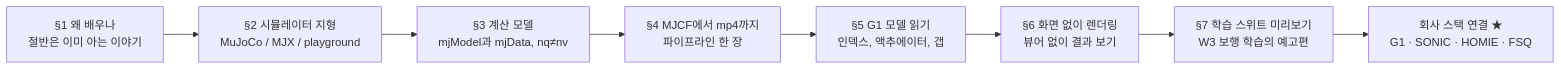
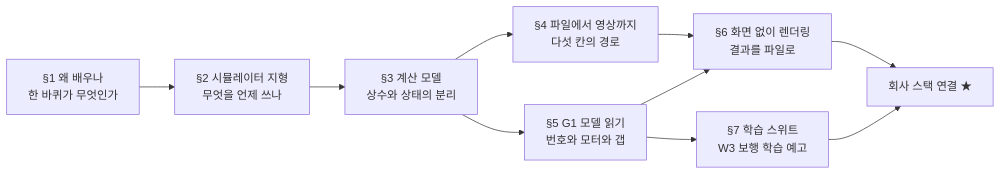
Before and after one commit to sguys99/physical-ai-study: the first of 4 diagrams in course/w1-generative-core/02-simulator-bootcamp/lesson.md, drawn with Mermaid. The commit also changed other lines of this file and 11 other files, not shown here.

````diff
--- a/course/w1-generative-core/02-simulator-bootcamp/lesson.md
+++ b/course/w1-generative-core/02-simulator-bootcamp/lesson.md
@@ -41,10 +45,12 @@
 ```mermaid
 flowchart LR
-  S1["§1 왜 배우나<br/>절반은 이미 아는 이야기"] --> S2["§2 시뮬레이터 지형<br/>MuJoCo / MJX / playground"]
-  S2 --> S3["§3 계산 모델<br/>mjModel과 mjData, nq≠nv"]
-  S3 --> S4["§4 MJCF에서 mp4까지<br/>파이프라인 한 장"]
-  S4 --> S5["§5 G1 모델 읽기<br/>인덱스, 액추에이터, 갭"]
-  S5 --> S6["§6 화면 없이 렌더링<br/>뷰어 없이 결과 보기"]
-  S6 --> S7["§7 학습 스위트 미리보기<br/>W3 보행 학습의 예고편"]
-  S7 --> CO["회사 스택 연결 ★<br/>G1 · SONIC · HOMIE · FSQ"]
+  S1["§1 왜 배우나<br/>한 바퀴가 무엇인가"] --> S2["§2 시뮬레이터 지형<br/>무엇을 언제 쓰나"]
+  S2 --> S3["§3 계산 모델<br/>상수와 상태의 분리"]
+  S3 --> S4["§4 파일에서 영상까지<br/>다섯 칸의 경로"]
+  S3 --> S5["§5 G1 모델 읽기<br/>번호와 모터와 갭"]
+  S4 --> S6["§6 화면 없이 렌더링<br/>결과를 파일로"]
+  S5 --> S6
+  S5 --> S7["§7 학습 스위트<br/>W3 보행 학습 예고"]
+  S6 --> CO["회사 스택 연결 ★"]
+  S7 --> CO
 ```
````
